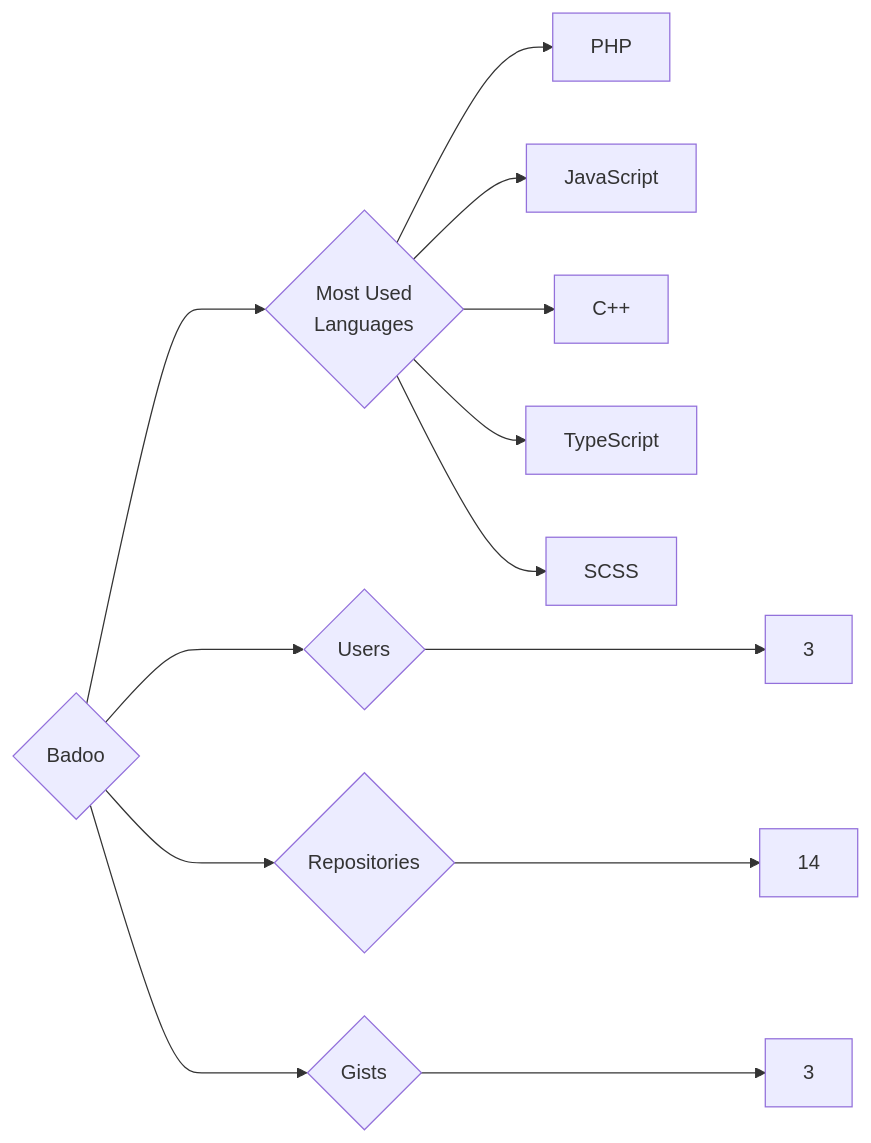
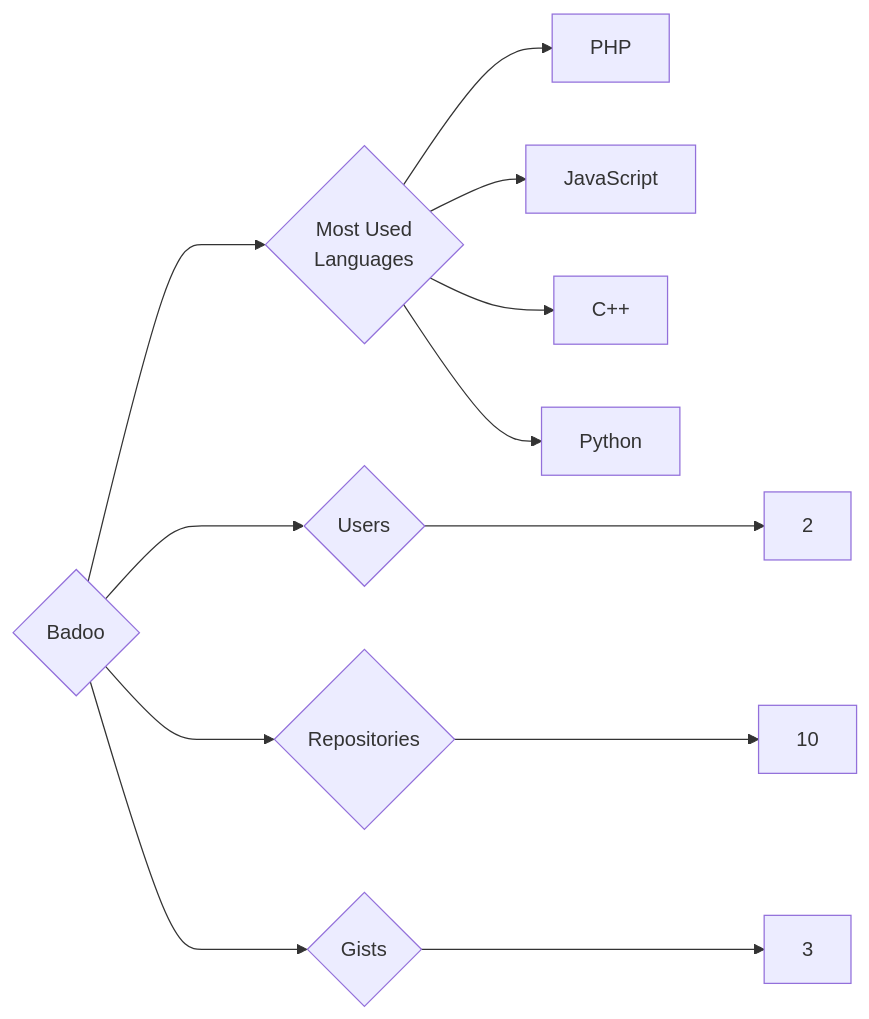
The diagram in targets/Badoo/README.md (trickest/insiders), drawn with Mermaid before and after one commit. The commit also changed 997 other files, not shown here.

````diff
--- a/targets/Badoo/README.md
+++ b/targets/Badoo/README.md
@@ -3,13 +3,12 @@
 ```mermaid
 graph LR
 COMPANY_NAME{Badoo}
-COMPANY_NAME ---> U{Users} ---> UN[3]
-COMPANY_NAME ---> R{Repositories} ---> RN[14]
+COMPANY_NAME ---> U{Users} ---> UN[2]
+COMPANY_NAME ---> R{Repositories} ---> RN[10]
 COMPANY_NAME ---> G{Gists} ---> GN[3]
 COMPANY_NAME ---> ML{Most Used<br>Languages}
 ML --> PHP[PHP]
 ML --> JavaScript[JavaScript]
 ML --> C++[C++]
-ML --> TypeScript[TypeScript]
-ML --> SCSS[SCSS]
+ML --> Python[Python]
 ```
````
